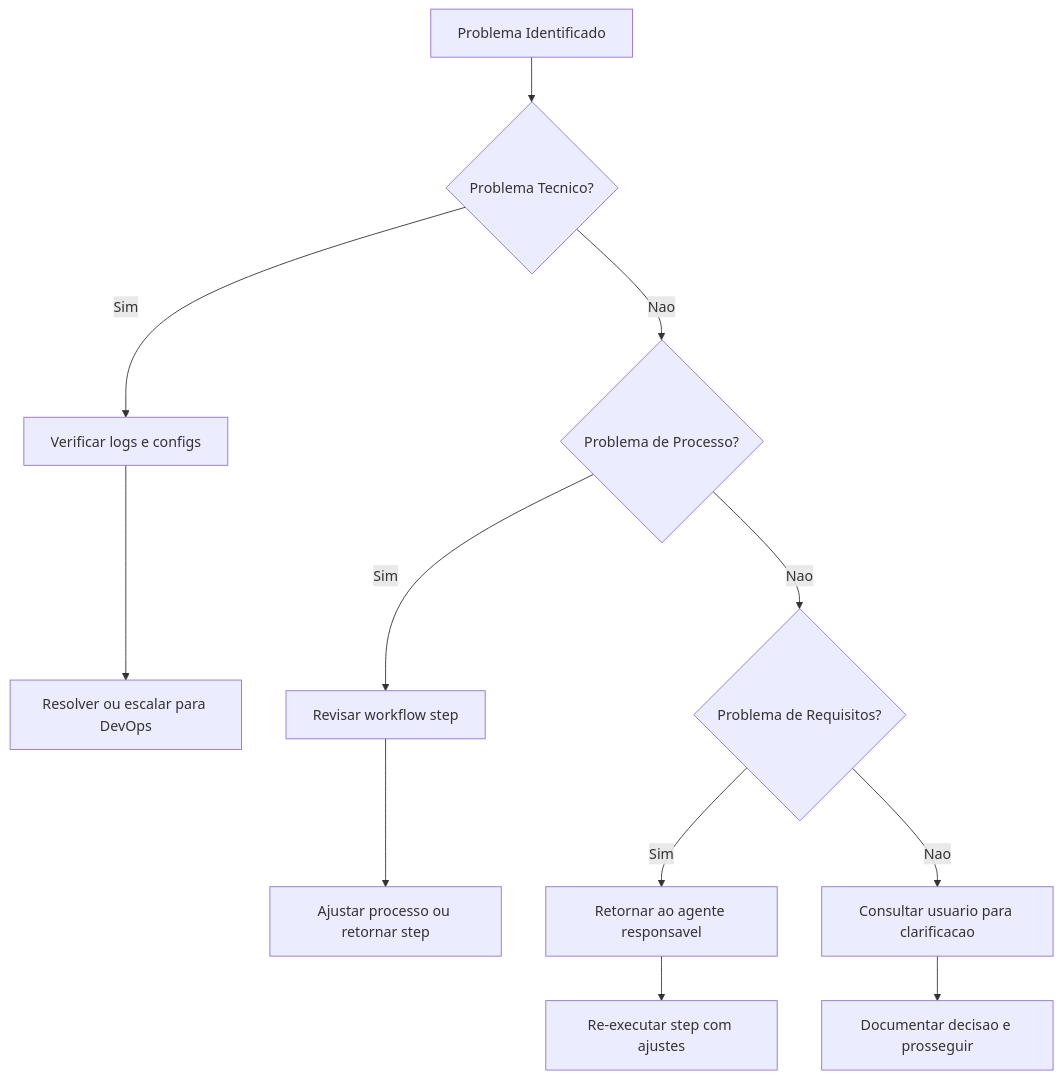
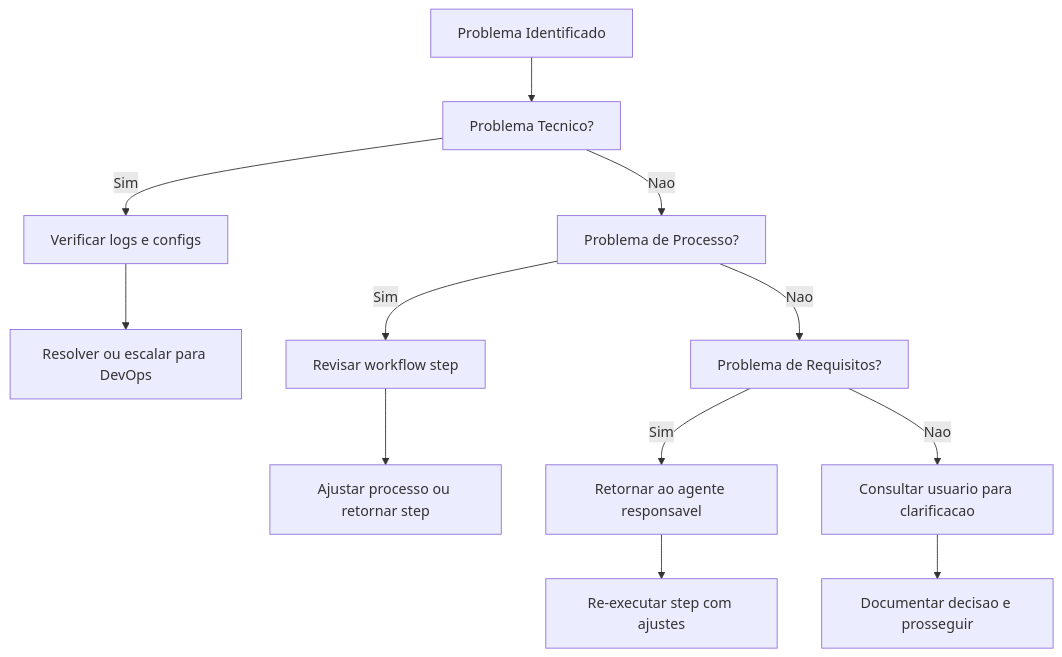
The sixth of 6 diagrams in content/en/docs/guides/workflows/GREENFIELD-UI-WORKFLOW.mdx (bychrisr/aios-docs), drawn with Mermaid before and after one commit. The commit also changed other lines of this file and 40 other files, not shown here.

````diff
--- a/content/en/docs/guides/workflows/GREENFIELD-UI-WORKFLOW.mdx
+++ b/content/en/docs/guides/workflows/GREENFIELD-UI-WORKFLOW.mdx
@@ -849,19 +849,19 @@
 ```mermaid
 flowchart TD
-    P[Problema Identificado] --> T1{Problema Tecnico?}
+    P[Problema Identificado] --> T1[Problema Tecnico?]
     T1 -->|Sim| D1[Verificar logs e configs]
-    T1 -->|Nao| T2{Problema de Processo?}
+    T1 -->|Nao| T2[Problema de Processo?]
 
     D1 --> R1[Resolver ou escalar para DevOps]
 
     T2 -->|Sim| D2[Revisar workflow step]
-    T2 -->|Nao| T3{Problema de Requisitos?}
+    T2 -->|Nao| T3[Problema de Requisitos?]
 
     D2 --> R2[Ajustar processo ou retornar step]
 
     T3 -->|Sim| D3[Retornar ao agente responsavel]
     T3 -->|Nao| D4[Consultar usuario para clarificacao]
 
     D3 --> R3[Re-executar step com ajustes]
     D4 --> R4[Documentar decisao e prosseguir]
 ```
````
